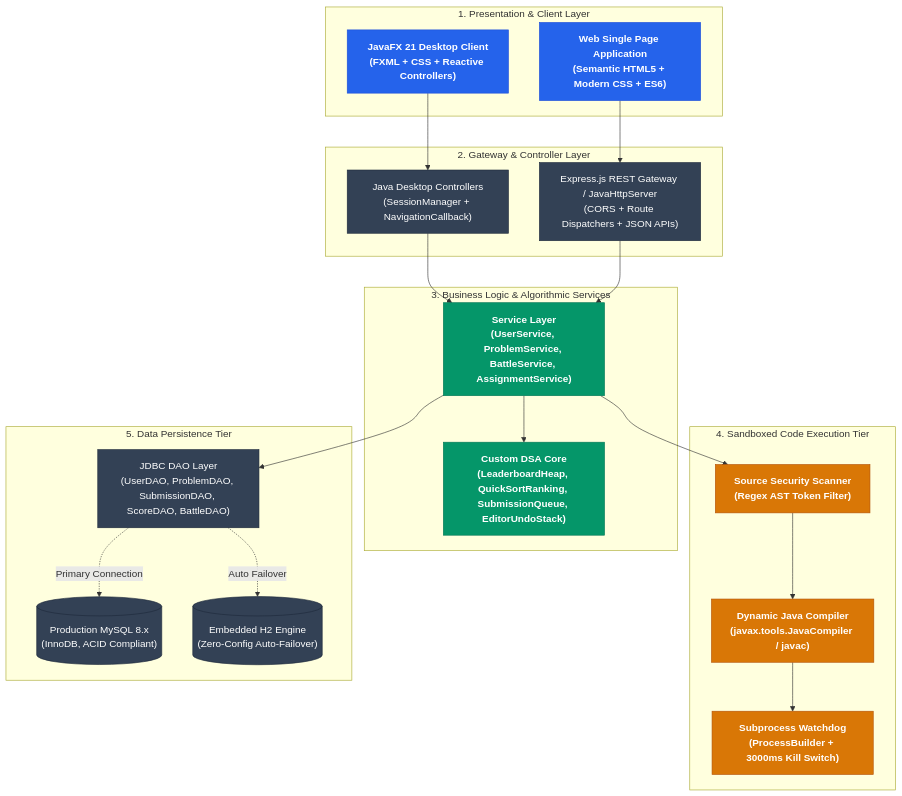
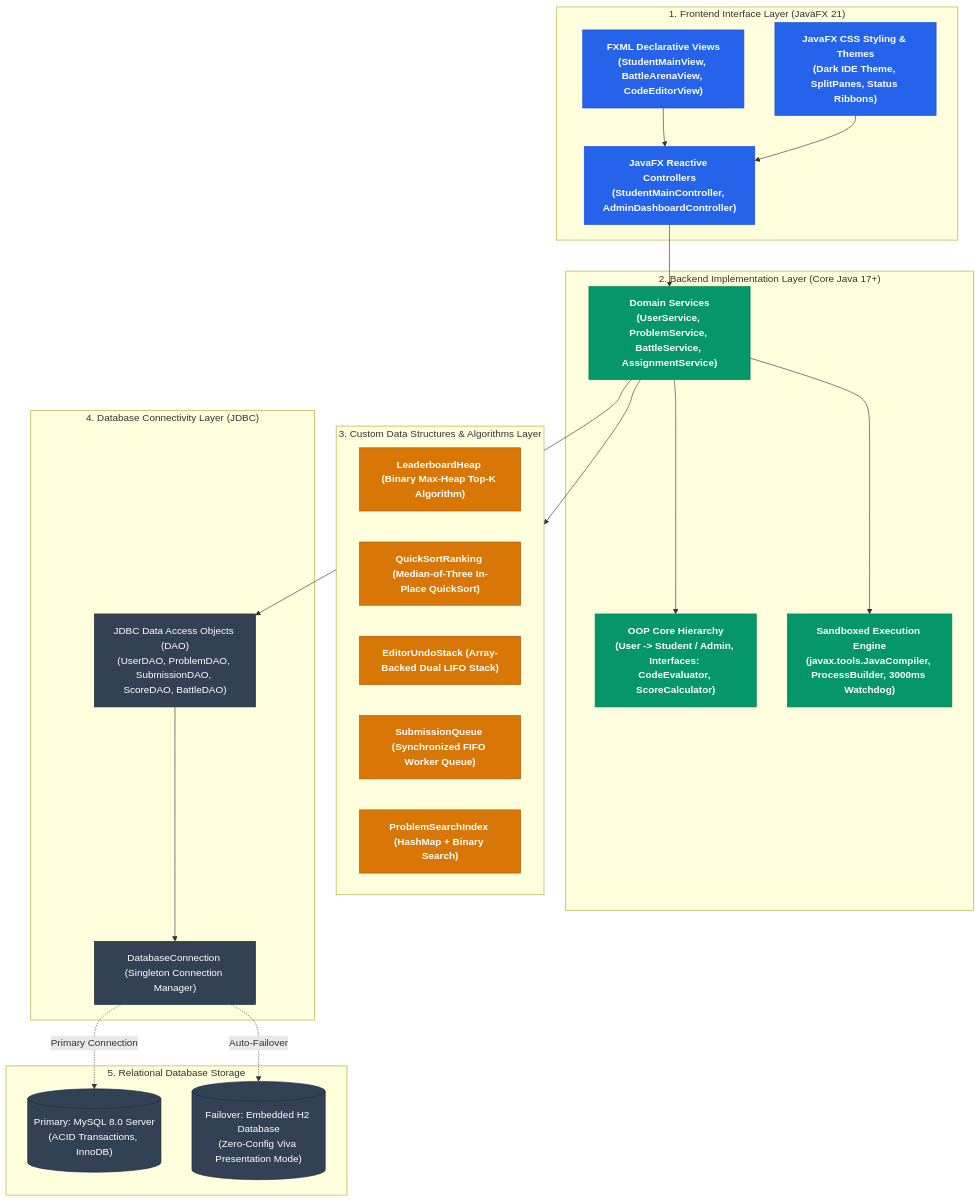
Before and after one commit to udaykumarreddy07/CODING-BATTLE: the first of 4 diagrams in README.md, drawn with Mermaid. The commit also changed other lines of this file and 9 other files, not shown here.

Commit message:
docs: align complete tech stack and architecture with CSE203 Java Mini Project specification (JavaFX + Core Java + JDBC + MySQL)

````diff
--- a/README.md
+++ b/README.md
@@ -68,51 +87,52 @@
 ```mermaid
 flowchart TD
-    subgraph ClientLayer["1. Presentation & Client Layer"]
-        A1["JavaFX 21 Desktop Client<br/>(FXML + CSS + Reactive Controllers)"]
-        A2["Web Single Page Application<br/>(Semantic HTML5 + Modern CSS + ES6)"]
+    subgraph Frontend["1. Frontend Interface Layer (JavaFX 21)"]
+        UI1["FXML Declarative Views<br/>(StudentMainView, BattleArenaView, CodeEditorView)"]
+        UI2["JavaFX CSS Styling & Themes<br/>(Dark IDE Theme, SplitPanes, Status Ribbons)"]
+        UI3["JavaFX Reactive Controllers<br/>(StudentMainController, AdminDashboardController)"]
     end
 
-    subgraph GatewayLayer["2. Gateway & Controller Layer"]
-        B1["Java Desktop Controllers<br/>(SessionManager + NavigationCallback)"]
-        B2["Express.js REST Gateway / JavaHttpServer<br/>(CORS + Route Dispatchers + JSON APIs)"]
+    subgraph Backend["2. Backend Implementation Layer (Core Java 17+)"]
+        BL1["Domain Services<br/>(UserService, ProblemService, BattleService, AssignmentService)"]
+        BL2["OOP Core Hierarchy<br/>(User -> Student / Admin, Interfaces: CodeEvaluator, ScoreCalculator)"]
+        BL3["Sandboxed Execution Engine<br/>(javax.tools.JavaCompiler, ProcessBuilder, 3000ms Watchdog)"]
     end
 
-    subgraph ServiceLayer["3. Business Logic & Algorithmic Services"]
-        C1["Service Layer<br/>(UserService, ProblemService, BattleService, AssignmentService)"]
-        C2["Custom DSA Core<br/>(LeaderboardHeap, QuickSortRanking, SubmissionQueue, EditorUndoStack)"]
+    subgraph DSALayer["3. Custom Data Structures & Algorithms Layer"]
+        DSA1["LeaderboardHeap (Binary Max-Heap Top-K Algorithm)"]
+        DSA2["QuickSortRanking (Median-of-Three In-Place QuickSort)"]
+        DSA3["EditorUndoStack (Array-Backed Dual LIFO Stack)"]
+        DSA4["SubmissionQueue (Synchronized FIFO Worker Queue)"]
+        DSA5["ProblemSearchIndex (HashMap + Binary Search)"]
     end
 
-    subgraph ExecutionLayer["4. Sandboxed Code Execution Tier"]
-        D1["Source Security Scanner<br/>(Regex AST Token Filter)"]
-        D2["Dynamic Java Compiler<br/>(javax.tools.JavaCompiler / javac)"]
-        D3["Subprocess Watchdog<br/>(ProcessBuilder + 3000ms Kill Switch)"]
+    subgraph Connectivity["4. Database Connectivity Layer (JDBC)"]
+        DAO["JDBC Data Access Objects (DAO)<br/>(UserDAO, ProblemDAO, SubmissionDAO, ScoreDAO, BattleDAO)"]
+        POOL["DatabaseConnection (Singleton Connection Manager)"]
     end
 
-    subgraph PersistenceLayer["5. Data Persistence Tier"]
-        E1["JDBC DAO Layer<br/>(UserDAO, ProblemDAO, SubmissionDAO, ScoreDAO, BattleDAO)"]
-        E2[("Production MySQL 8.x<br/>(InnoDB, ACID Compliant)")]
-        E3[("Embedded H2 Engine<br/>(Zero-Config Auto-Failover)")]
+    subgraph Storage["5. Relational Database Storage"]
+        DB1[("Primary: MySQL 8.0 Server<br/>(ACID Transactions, InnoDB)")]
+        DB2[("Failover: Embedded H2 Database<br/>(Zero-Config Viva Presentation Mode)")]
     end
 
-    A1 --> B1
-    A2 --> B2
-    B1 --> C1
-    B2 --> C1
-    C1 --> C2
-    C1 --> D1
-    D1 --> D2 --> D3
-    C1 --> E1
-    E1 -.->|Primary Connection| E2
-    E1 -.->|Auto Failover| E3
+    UI1 & UI2 --> UI3
+    UI3 --> BL1
+    BL1 --> BL2
+    BL1 --> DSALayer
+    BL1 --> BL3
+    BL1 --> DAO
+    DAO --> POOL
+    POOL -.->|Primary Connection| DB1
+    POOL -.->|Auto-Failover| DB2
 
     classDef primary fill:#2563eb,stroke:#1d4ed8,color:#fff,font-weight:bold;
     classDef secondary fill:#059669,stroke:#047857,color:#fff,font-weight:bold;
     classDef warning fill:#d97706,stroke:#b45309,color:#fff,font-weight:bold;
     classDef neutral fill:#334155,stroke:#1e293b,color:#fff;
 
-    class A1,A2 primary;
-    class B1,B2 neutral;
-    class C1,C2 secondary;
-    class D1,D2,D3 warning;
-    class E1,E2,E3 neutral;
+    class UI1,UI2,UI3 primary;
+    class BL1,BL2,BL3 secondary;
+    class DSA1,DSA2,DSA3,DSA4,DSA5 warning;
+    class DAO,POOL,DB1,DB2 neutral;
 ```
````
